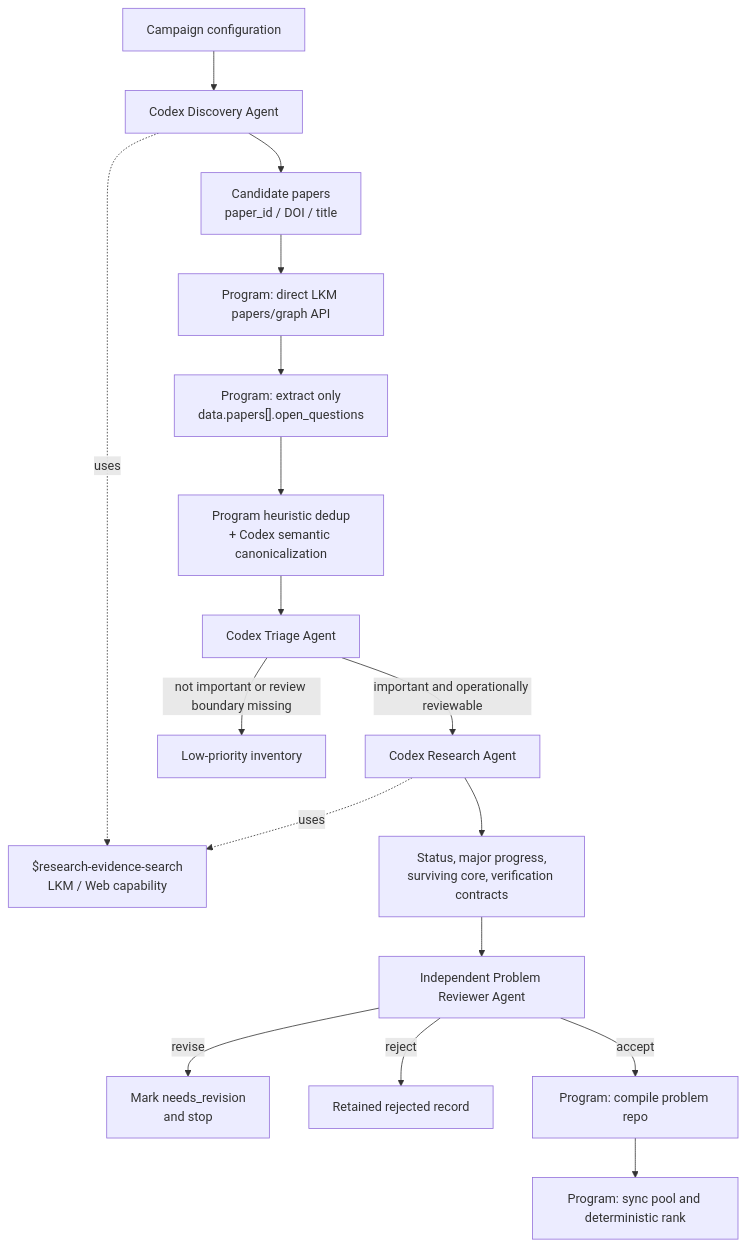
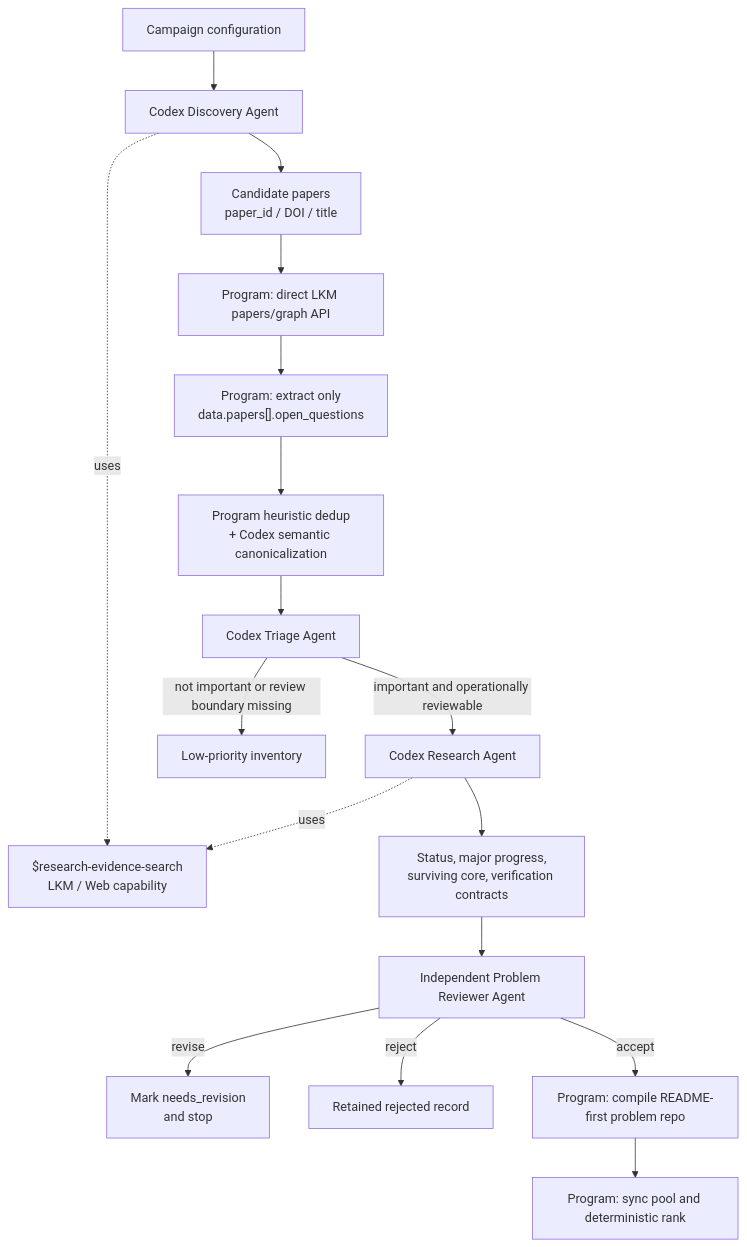
The diagram in docs/discovery-pipeline.md (kunyuan/open-research-discovery), drawn with Mermaid before and after one commit. The commit also changed other lines of this file and 43 other files, not shown here.

Commit message:
refactor: generate README-first problem repositories

````diff
--- a/docs/discovery-pipeline.md
+++ b/docs/discovery-pipeline.md
@@ -8,19 +8,19 @@
 ```mermaid
 flowchart TD
     C["Campaign configuration"] --> D["Codex Discovery Agent"]
     D -. "uses" .-> S["$research-evidence-search<br/>LKM / Web capability"]
     D --> P["Candidate papers<br/>paper_id / DOI / title"]
     P --> A["Program: direct LKM papers/graph API"]
     A --> O["Program: extract only<br/>data.papers[].open_questions"]
     O --> H["Program heuristic dedup<br/>+ Codex semantic canonicalization"]
     H --> T["Codex Triage Agent"]
     T -->|"not important or review boundary missing"| L["Low-priority inventory"]
     T -->|"important and operationally reviewable"| R["Codex Research Agent"]
     R -. "uses" .-> S
     R --> E["Status, major progress,<br/>surviving core, verification contracts"]
     E --> V["Independent Problem Reviewer Agent"]
     V -->|"revise"| N["Mark needs_revision<br/>and stop"]
     V -->|"reject"| X["Retained rejected record"]
-    V -->|"accept"| G["Program: compile problem repo"]
+    V -->|"accept"| G["Program: compile README-first problem repo"]
     G --> Y["Program: sync pool and deterministic rank"]
 ```
````
